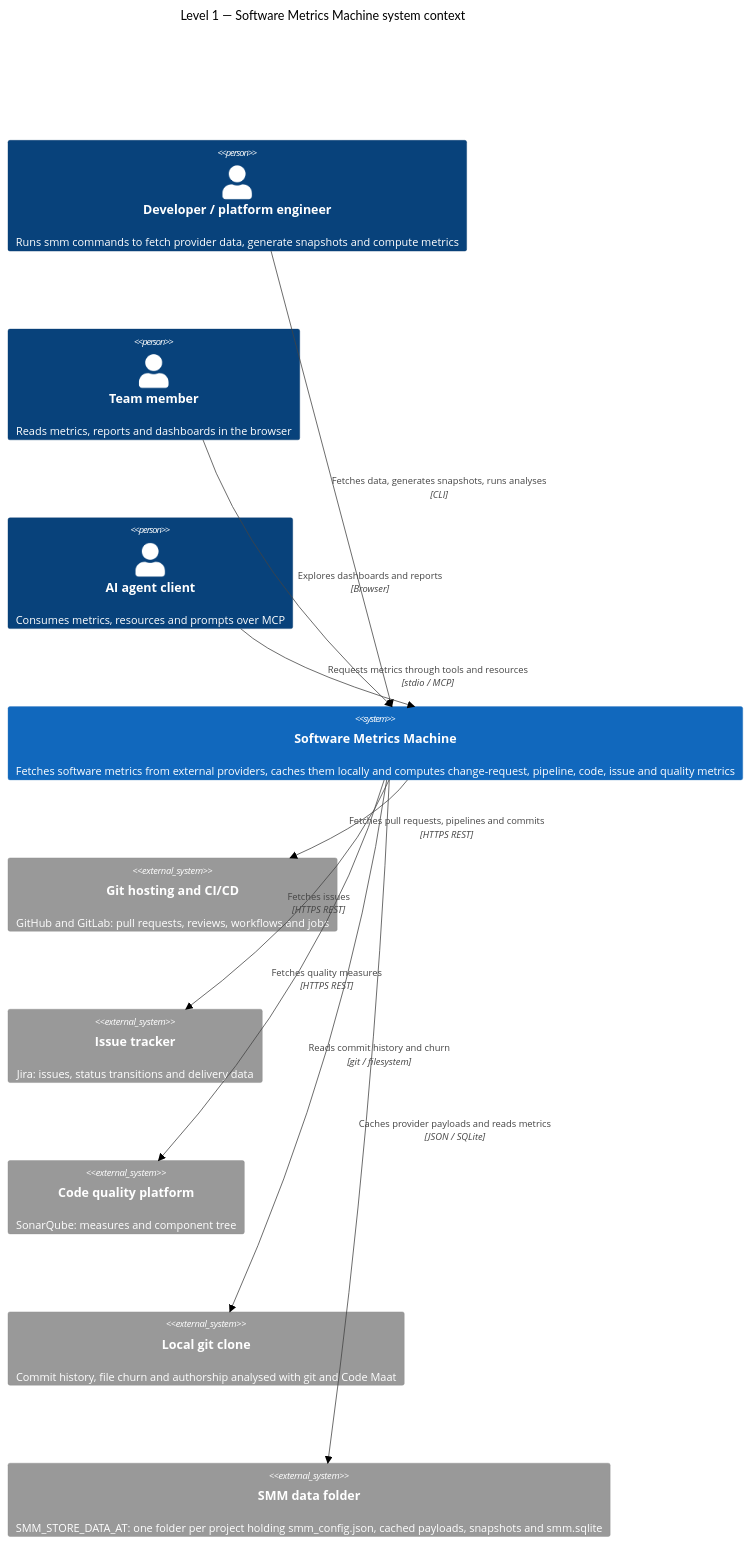
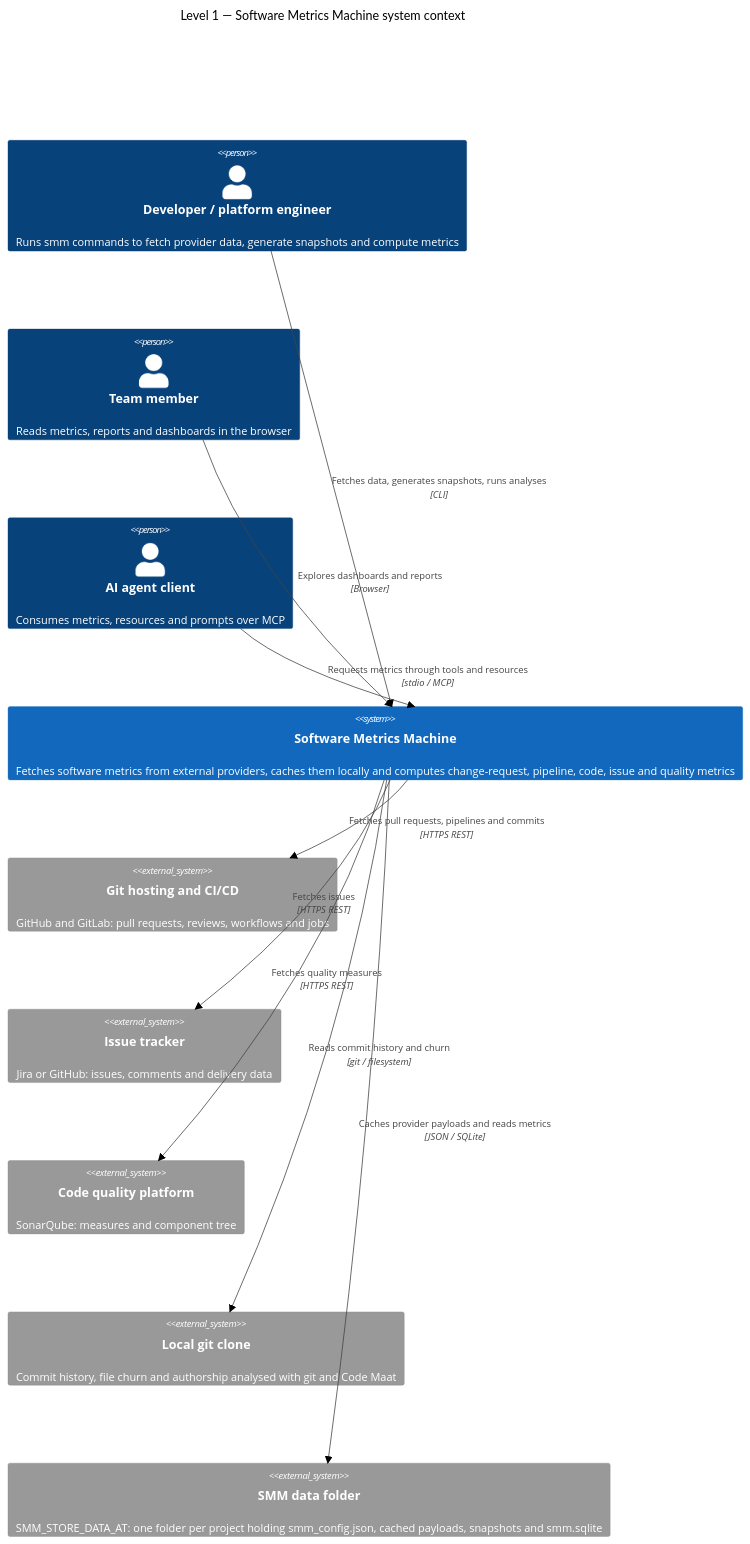
Before and after one commit to Side-Projects-4-Fun/software-metrics-machine: the diagram in docs/architecture/level-1-system-context.md, drawn with Mermaid (neutral theme). The commit also changed 67 other files, not shown here.

````diff
--- a/docs/architecture/level-1-system-context.md
+++ b/docs/architecture/level-1-system-context.md
@@ -10,28 +10,28 @@
 ```mermaid
 C4Context
   title Level 1 — Software Metrics Machine system context
 
   Person(developer, "Developer / platform engineer", "Runs smm commands to fetch provider data, generate snapshots and compute metrics")
   Person(teamMember, "Team member", "Reads metrics, reports and dashboards in the browser")
   Person(agentClient, "AI agent client", "Consumes metrics, resources and prompts over MCP")
 
   System(smm, "Software Metrics Machine", "Fetches software metrics from external providers, caches them locally and computes change-request, pipeline, code, issue and quality metrics")
 
   System_Ext(gitHost, "Git hosting and CI/CD", "GitHub and GitLab: pull requests, reviews, workflows and jobs")
-  System_Ext(issueTracker, "Issue tracker", "Jira: issues, status transitions and delivery data")
+  System_Ext(issueTracker, "Issue tracker", "Jira or GitHub: issues, comments and delivery data")
   System_Ext(qualityPlatform, "Code quality platform", "SonarQube: measures and component tree")
   System_Ext(gitClone, "Local git clone", "Commit history, file churn and authorship analysed with git and Code Maat")
   System_Ext(dataStore, "SMM data folder", "SMM_STORE_DATA_AT: one folder per project holding smm_config.json, cached payloads, snapshots and smm.sqlite")
 
   Rel(developer, smm, "Fetches data, generates snapshots, runs analyses", "CLI")
   Rel(teamMember, smm, "Explores dashboards and reports", "Browser")
   Rel(agentClient, smm, "Requests metrics through tools and resources", "stdio / MCP")
 
   Rel(smm, gitHost, "Fetches pull requests, pipelines and commits", "HTTPS REST")
   Rel(smm, issueTracker, "Fetches issues", "HTTPS REST")
   Rel(smm, qualityPlatform, "Fetches quality measures", "HTTPS REST")
   Rel(smm, gitClone, "Reads commit history and churn", "git / filesystem")
   Rel(smm, dataStore, "Caches provider payloads and reads metrics", "JSON / SQLite")
 
   UpdateLayoutConfig($c4ShapeInRow="3", $c4BoundaryInRow="1")
 ```
````
